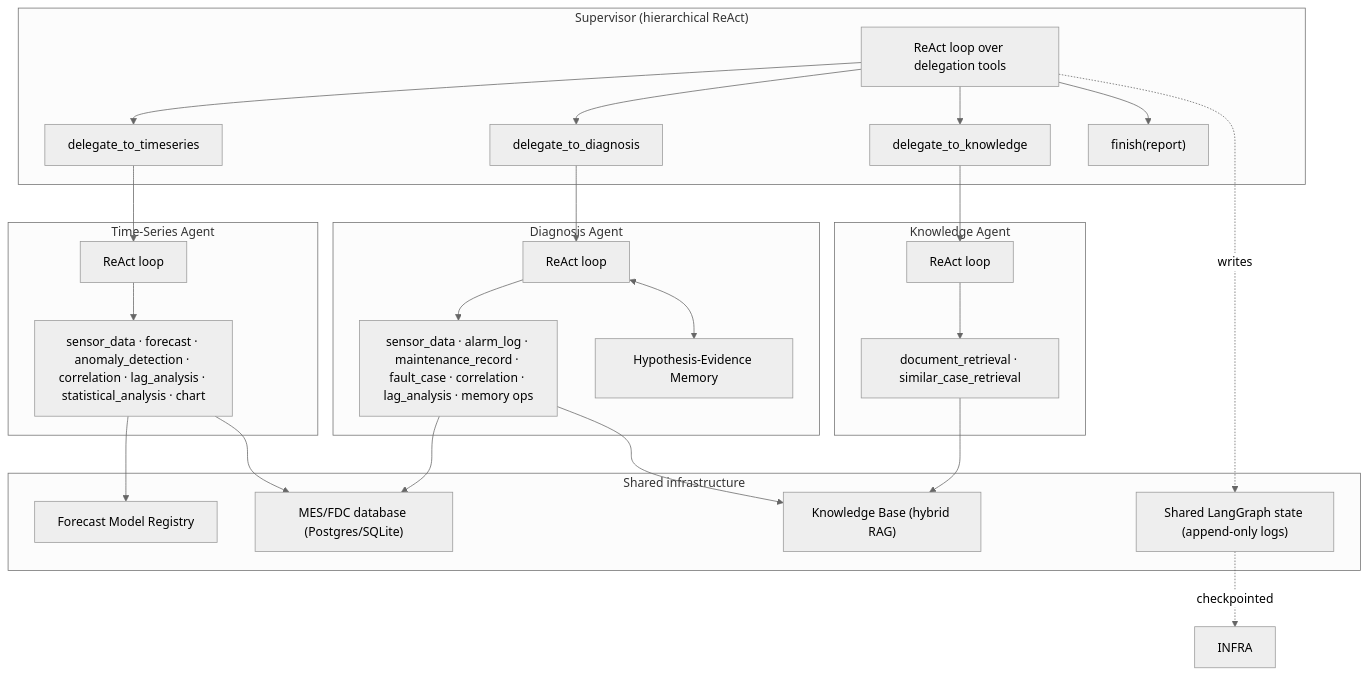
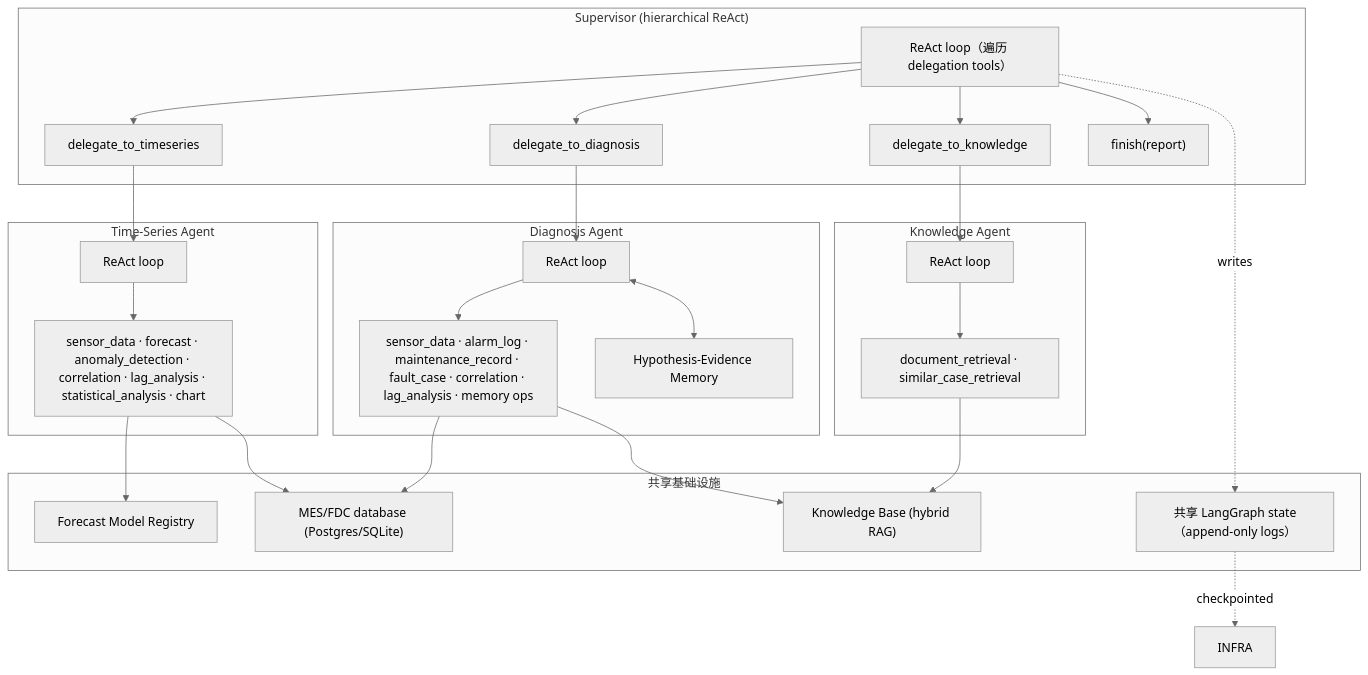
One commit to ChenYan7120/FabPilot changed the diagram in docs/architecture.md. Above: the diagram before and after it, drawn with Mermaid (neutral theme). The commit also changed other lines of this file and 85 other files, not shown here.

````diff
--- a/docs/architecture.md
+++ b/docs/architecture.md
@@ -26,47 +23,47 @@
 ```mermaid
 flowchart TB
     subgraph Supervisor["Supervisor (hierarchical ReAct)"]
-        SLP["ReAct loop over delegation tools"]
+        SLP["ReAct loop（遍历 delegation tools）"]
         DTS["delegate_to_timeseries"]
         DDX["delegate_to_diagnosis"]
         DKN["delegate_to_knowledge"]
         FIN["finish(report)"]
     end
 
     subgraph TS["Time-Series Agent"]
         TS_LOOP["ReAct loop"]
         TS_TOOLS["sensor_data · forecast · anomaly_detection · correlation · lag_analysis · statistical_analysis · chart"]
     end
 
     subgraph DX["Diagnosis Agent"]
         DX_LOOP["ReAct loop"]
         MEM["Hypothesis-Evidence Memory"]
         DX_TOOLS["sensor_data · alarm_log · maintenance_record · fault_case · correlation · lag_analysis · memory ops"]
     end
 
     subgraph KN["Knowledge Agent"]
         KN_LOOP["ReAct loop"]
         KN_TOOLS["document_retrieval · similar_case_retrieval"]
     end
 
     SLP --> DTS --> TS_LOOP --> TS_TOOLS
     SLP --> DDX --> DX_LOOP --> DX_TOOLS
     DX_LOOP <--> MEM
     SLP --> DKN --> KN_LOOP --> KN_TOOLS
     SLP --> FIN
 
-    subgraph Infra["Shared infrastructure"]
-        STATE["Shared LangGraph state (append-only logs)"]
+    subgraph Infra["共享基础设施"]
+        STATE["共享 LangGraph state（append-only logs）"]
         REG["Forecast Model Registry"]
         KB["Knowledge Base (hybrid RAG)"]
         DB["MES/FDC database (Postgres/SQLite)"]
     end
 
     TS_TOOLS --> REG
     TS_TOOLS --> DB
     DX_TOOLS --> DB
     KN_TOOLS --> KB
     DX_TOOLS --> KB
     SLP -.writes.-> STATE
     STATE -.checkpointed.-> INFRA
 ```
````
